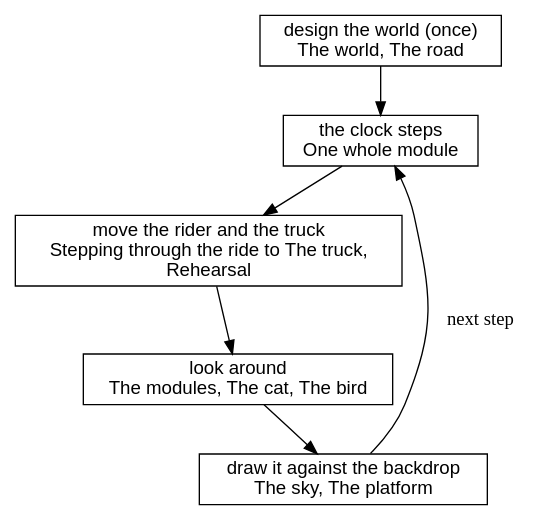
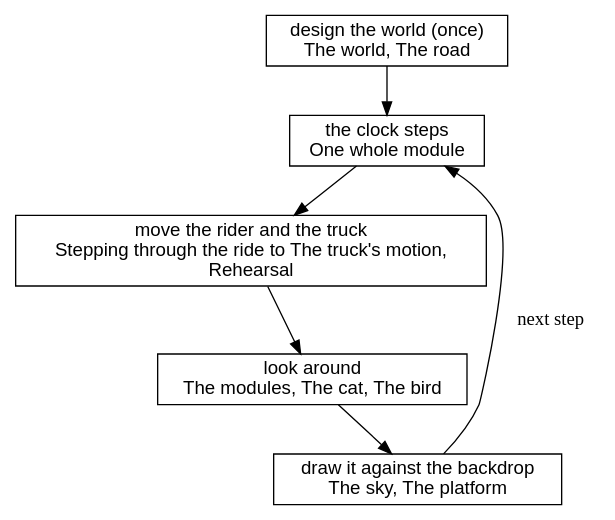
One commit to showell/roc-apps changed diagram 30 of 30 in canvas_apps/safari/tutorial/tutorial.md. Above: the diagram before and after it, drawn with Graphviz. The commit also changed other lines of this file, not shown here.

````diff
--- a/canvas_apps/safari/tutorial/tutorial.md
+++ b/canvas_apps/safari/tutorial/tutorial.md
@@ -2973,15 +2973,15 @@
 ```dot
 digraph opened {
   node [shape=box, fontname="Helvetica"];
   world [label="design the world (once)\nThe world, The road"];
   tick [label="the clock steps\nOne whole module"];
-  move [label="move the rider and the truck\nStepping through the ride to The truck,\nRehearsal"];
+  move [label="move the rider and the truck\nStepping through the ride to The truck's motion,\nRehearsal"];
   look [label="look around\nThe modules, The cat, The bird"];
   draw [label="draw it against the backdrop\nThe sky, The platform"];
   world -> tick;
   tick -> move;
   move -> look;
   look -> draw;
   draw -> tick [label="  next step"];
 }
 ```
````
